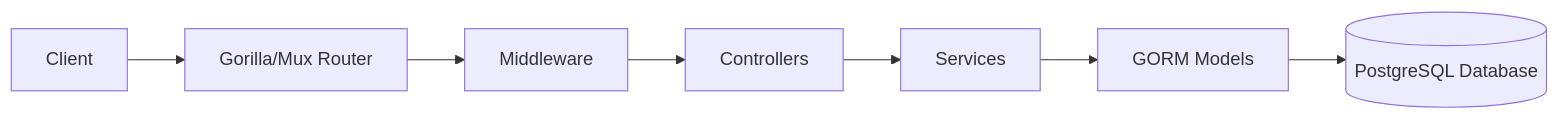
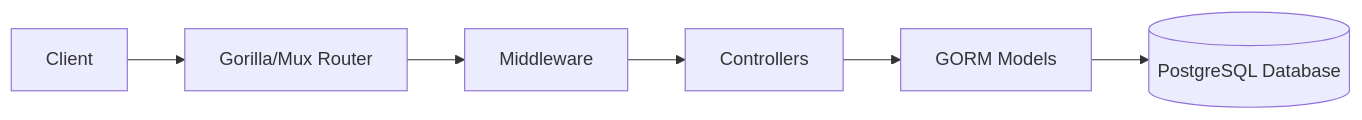
The first of 2 diagrams in README.md (Bitochki-s-sirom/first-aid-helper), drawn with Mermaid before and after one commit. The commit also changed other lines of this file and 2 other files, not shown here.

````diff
--- a/README.md
+++ b/README.md
@@ -36,9 +89,8 @@
 ```mermaid
 graph LR
 A[Client] --> B[Gorilla/Mux Router]
 B --> C[Middleware]
 C --> D[Controllers]
-D --> E[Services]
-E --> F[GORM Models]
+D --> F[GORM Models]
 F --> G[(PostgreSQL Database)]
 ```
````
